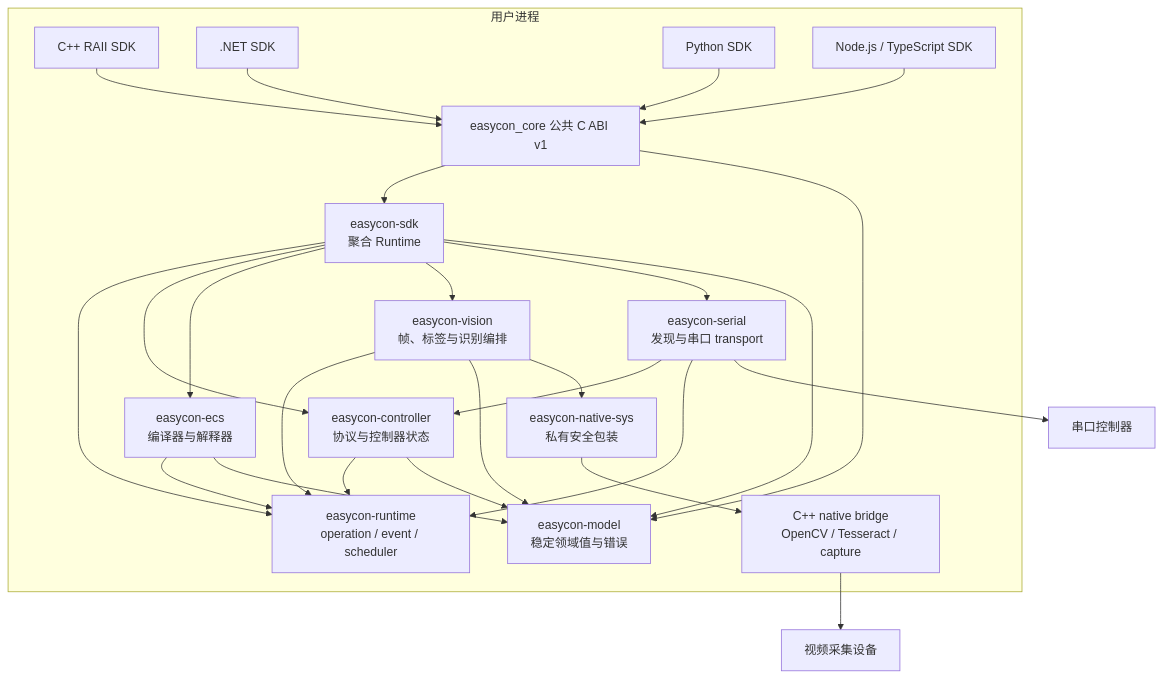
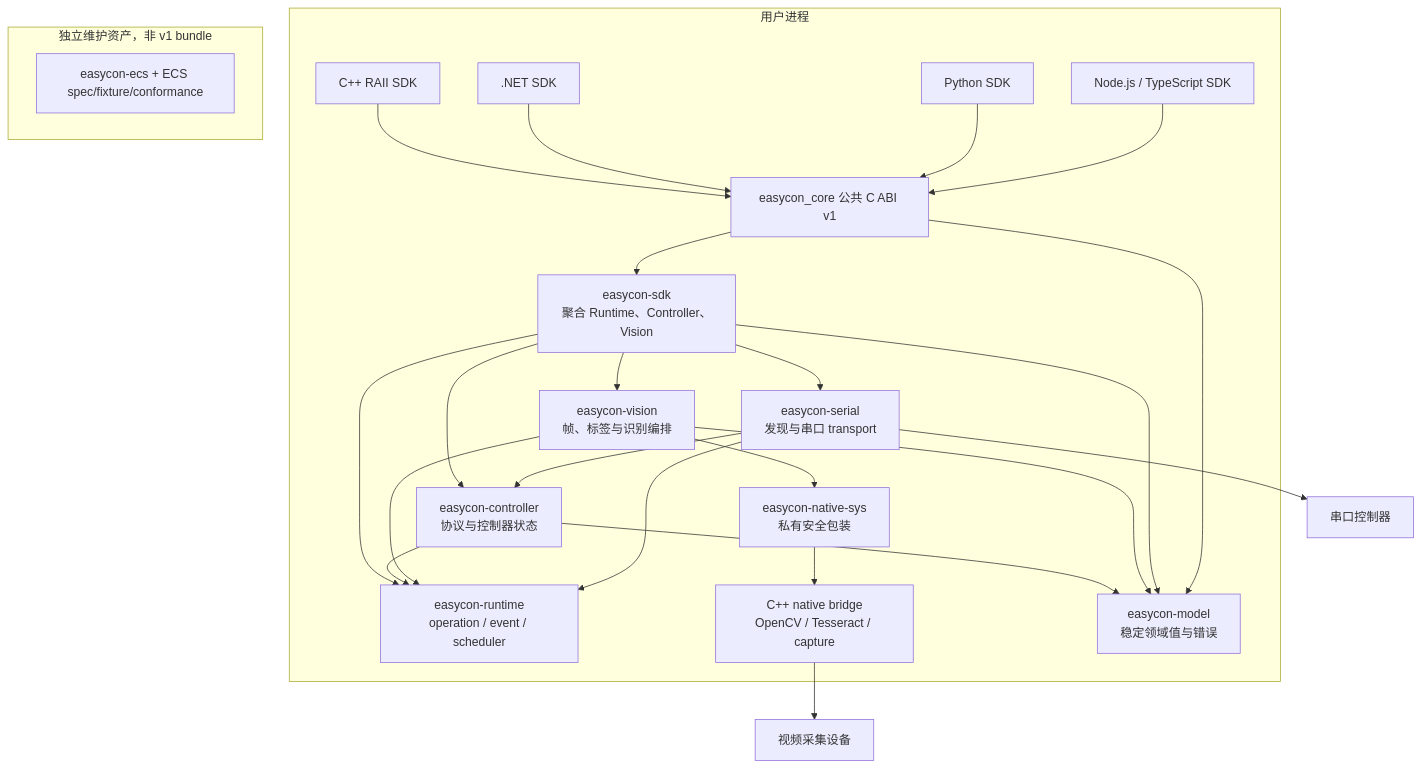
One commit to XiaoyuBook/easycon-sdk changed the first of 3 diagrams in docs/architecture/architecture-overview.md. Above: the diagram before and after it, drawn with Mermaid. The commit also changed other lines of this file and 10 other files, not shown here.

````diff
--- a/docs/architecture/architecture-overview.md
+++ b/docs/architecture/architecture-overview.md
@@ -18,46 +18,46 @@
 ```mermaid
 flowchart TB
     subgraph Process["用户进程"]
         CPP["C++ RAII SDK"]
         DOTNET[".NET SDK"]
         PY["Python SDK"]
         NODE["Node.js / TypeScript SDK"]
 
         CABI["easycon_core 公共 C ABI v1"]
-        SDK["easycon-sdk\n聚合 Runtime"]
+        SDK["easycon-sdk\n聚合 Runtime、Controller、Vision"]
         RT["easycon-runtime\noperation / event / scheduler"]
         CTL["easycon-controller\n协议与控制器状态"]
-        ECS["easycon-ecs\n编译器与解释器"]
         VIS["easycon-vision\n帧、标签与识别编排"]
         SERIAL["easycon-serial\n发现与串口 transport"]
         NSYS["easycon-native-sys\n私有安全包装"]
         NBRIDGE["C++ native bridge\nOpenCV / Tesseract / capture"]
 
         CPP --> CABI
         DOTNET --> CABI
         PY --> CABI
         NODE --> CABI
         CABI --> SDK
         SDK --> RT
         SDK --> CTL
-        SDK --> ECS
         SDK --> VIS
         SDK --> SERIAL
         CTL --> RT
         CTL --> MODEL
-        ECS --> RT
-        ECS --> MODEL
         VIS --> RT
         VIS --> MODEL
         VIS --> NSYS
         SERIAL --> CTL
         SERIAL --> RT
         NSYS --> NBRIDGE
         SDK --> MODEL
         CABI --> MODEL
         MODEL["easycon-model\n稳定领域值与错误"]
     end
 
     SERIAL --> HW["串口控制器"]
     NBRIDGE --> CAP["视频采集设备"]
+
+    subgraph Maintenance["独立维护资产，非 v1 bundle"]
+        ECS["easycon-ecs + ECS spec/fixture/conformance"]
+    end
 ```
````
